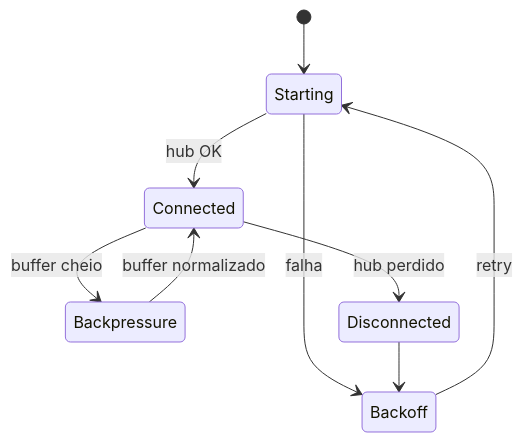
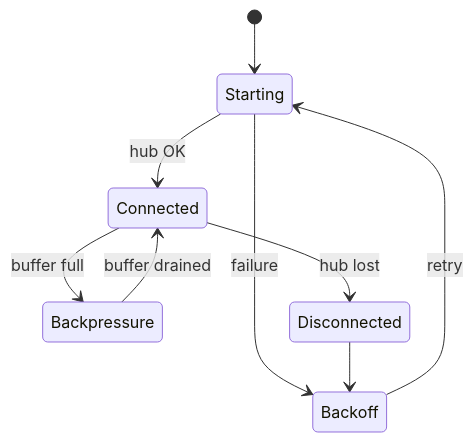
Before and after one commit to HarryRaddatz/argus-observability: the third of 3 diagrams in docs/overview.md, drawn with Mermaid. The commit also changed other lines of this file and 89 other files, not shown here.

````diff
--- a/docs/overview.md
+++ b/docs/overview.md
@@ -57,11 +57,11 @@
 ```mermaid
 stateDiagram-v2
   [*] --> Starting
   Starting --> Connected: hub OK
-  Starting --> Backoff: falha
+  Starting --> Backoff: failure
   Backoff --> Starting: retry
-  Connected --> Backpressure: buffer cheio
-  Backpressure --> Connected: buffer normalizado
-  Connected --> Disconnected: hub perdido
+  Connected --> Backpressure: buffer full
+  Backpressure --> Connected: buffer drained
+  Connected --> Disconnected: hub lost
   Disconnected --> Backoff
 ```
````
